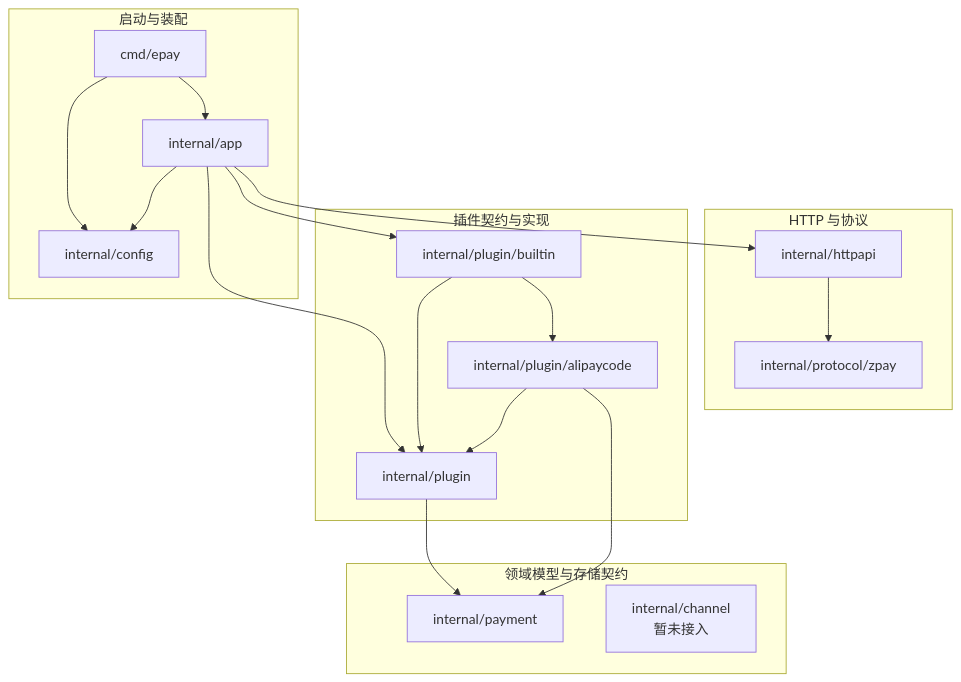
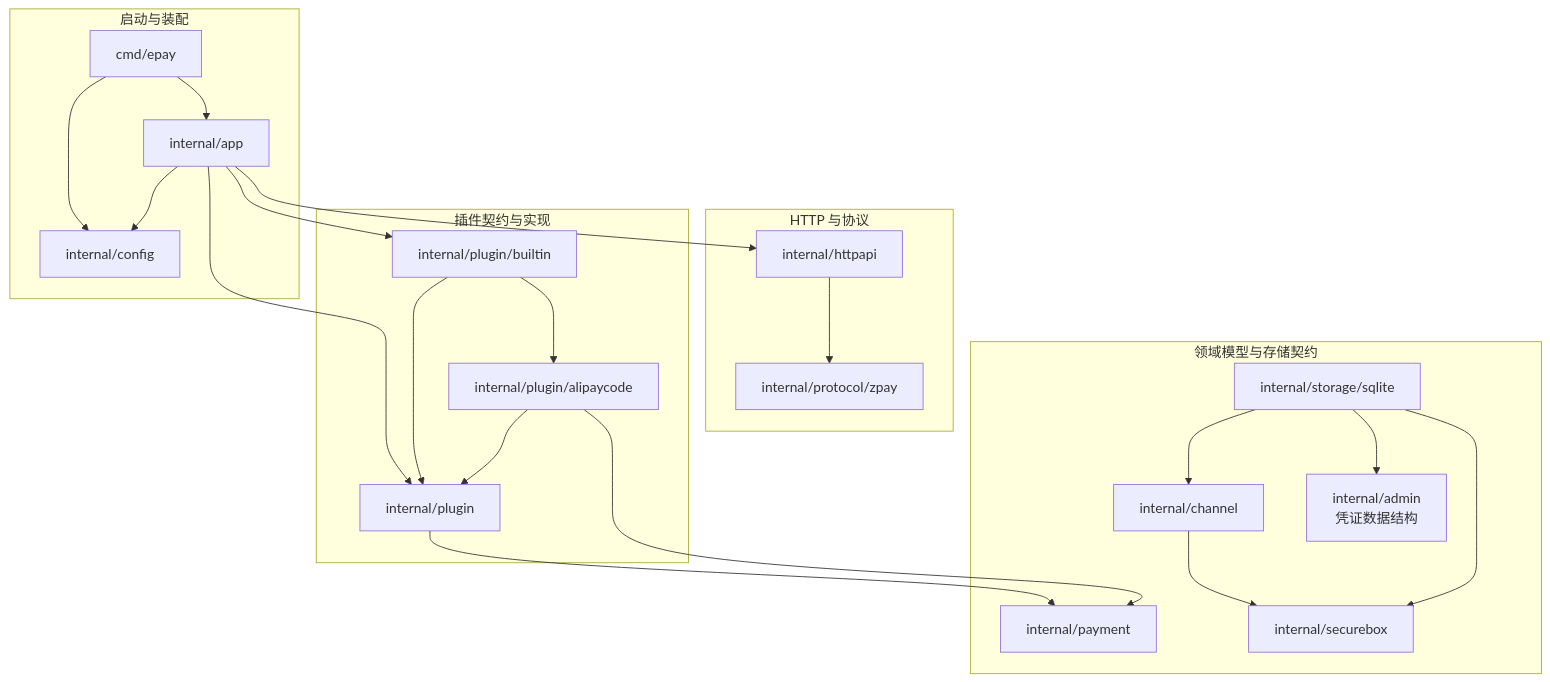
The first of 2 diagrams in docs/architecture.md (forza0310/Epay-go), drawn with Mermaid before and after one commit. The commit also changed other lines of this file and 19 other files, not shown here.

````diff
--- a/docs/architecture.md
+++ b/docs/architecture.md
@@ -30,37 +32,44 @@
 ```mermaid
 flowchart TB
     subgraph Bootstrap["启动与装配"]
         Main["cmd/epay"]
         App["internal/app"]
         Config["internal/config"]
     end
 
     subgraph HTTP["HTTP 与协议"]
         Handler["internal/httpapi"]
         Zpay["internal/protocol/zpay"]
     end
 
     subgraph Plugins["插件契约与实现"]
         Registry["internal/plugin"]
         Builtin["internal/plugin/builtin"]
         Alipaycode["internal/plugin/alipaycode"]
     end
 
     subgraph Domain["领域模型与存储契约"]
         Payment["internal/payment"]
-        Channel["internal/channel<br/>暂未接入"]
+        Channel["internal/channel"]
+        Admin["internal/admin<br/>凭证数据结构"]
+        Securebox["internal/securebox"]
+        SQLite["internal/storage/sqlite"]
     end
 
     Main --> App
     Main --> Config
     App --> Config
     App --> Handler
     App --> Registry
     App --> Builtin
     Builtin --> Registry
     Builtin --> Alipaycode
     Handler --> Zpay
     Registry --> Payment
     Alipaycode --> Registry
     Alipaycode --> Payment
+    Channel --> Securebox
+    SQLite --> Admin
+    SQLite --> Channel
+    SQLite --> Securebox
 ```
````
